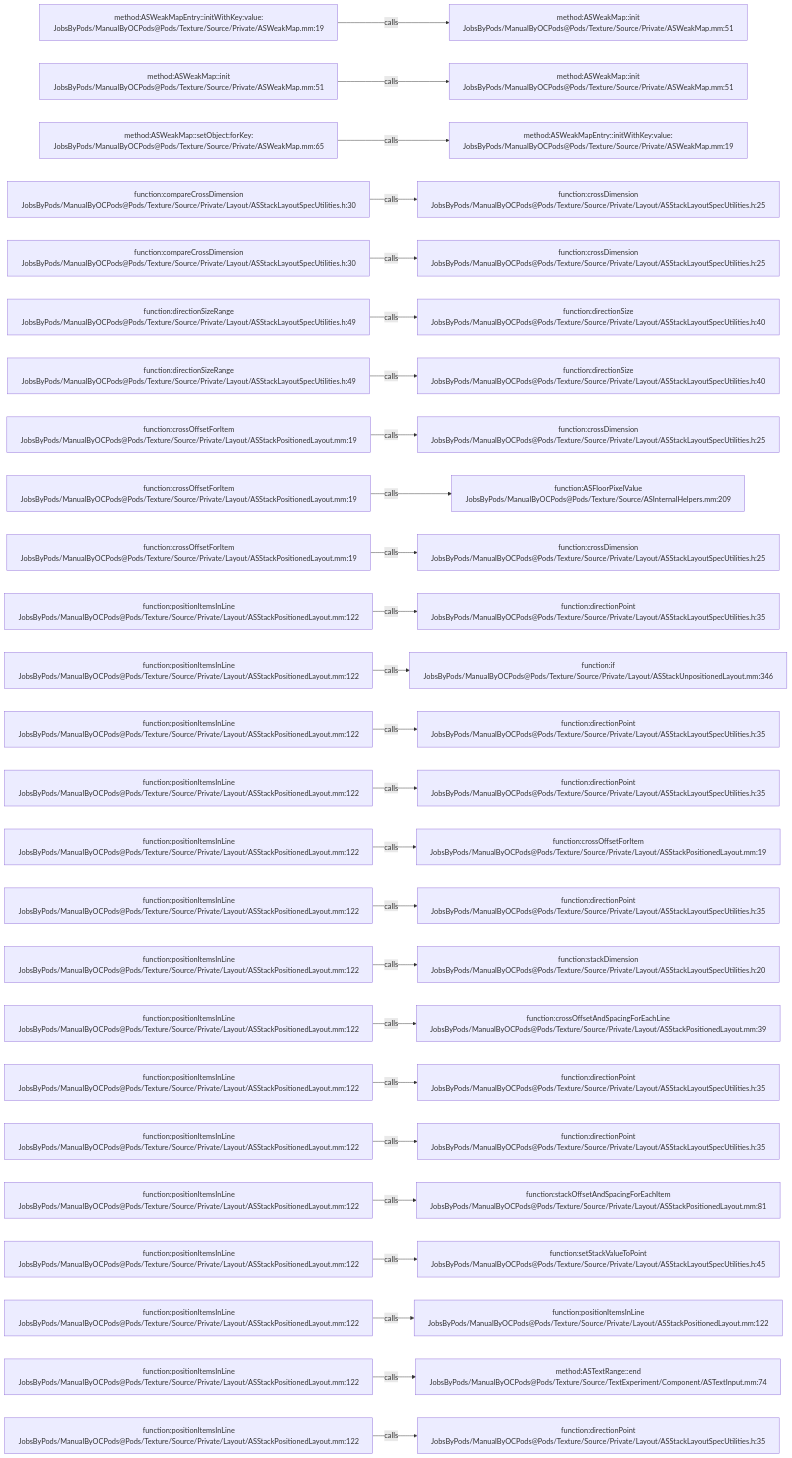
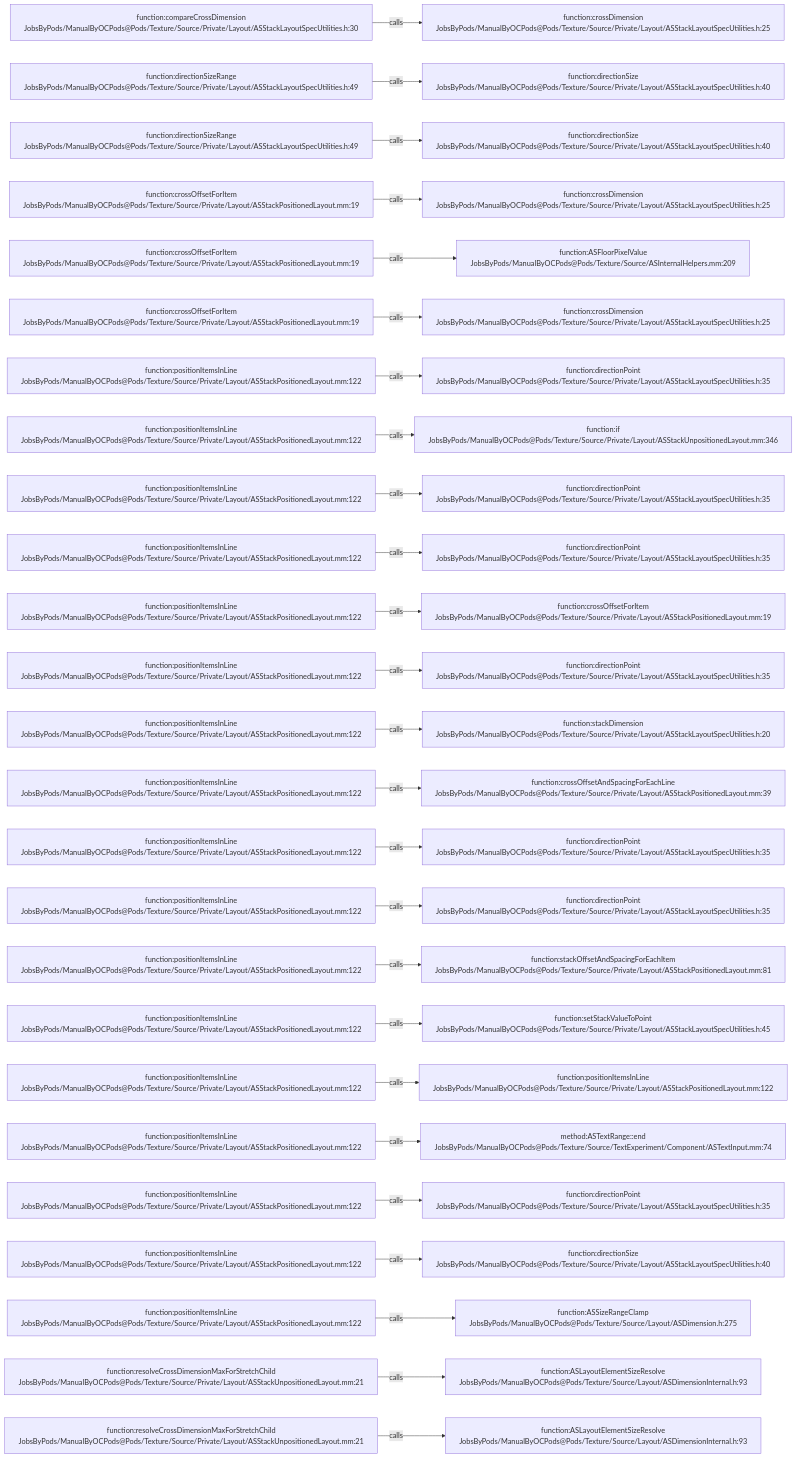
Before and after one commit to JobsKits/JobsOCBaseConfigDemo: the diagram in .codegraph/codegraph.md/graphs/calls-191.md, drawn with Mermaid. The commit also changed 727 other files, not shown here.

````diff
--- a/.codegraph/codegraph.md/graphs/calls-191.md
+++ b/.codegraph/codegraph.md/graphs/calls-191.md
@@ -13,78 +13,78 @@
 ```mermaid
 flowchart LR
-  S1["method:ASWeakMapEntry::initWithKey:value:<br/>JobsByPods/ManualByOCPods@Pods/Texture/Source/Private/ASWeakMap.mm:19"]
-  T1["method:ASWeakMap::init<br/>JobsByPods/ManualByOCPods@Pods/Texture/Source/Private/ASWeakMap.mm:51"]
+  S1["function:compareCrossDimension<br/>JobsByPods/ManualByOCPods@Pods/Texture/Source/Private/Layout/ASStackLayoutSpecUtilities.h:30"]
+  T1["function:crossDimension<br/>JobsByPods/ManualByOCPods@Pods/Texture/Source/Private/Layout/ASStackLayoutSpecUtilities.h:25"]
   S1 -->|calls| T1
-  S2["method:ASWeakMap::init<br/>JobsByPods/ManualByOCPods@Pods/Texture/Source/Private/ASWeakMap.mm:51"]
-  T2["method:ASWeakMap::init<br/>JobsByPods/ManualByOCPods@Pods/Texture/Source/Private/ASWeakMap.mm:51"]
+  S2["function:directionSizeRange<br/>JobsByPods/ManualByOCPods@Pods/Texture/Source/Private/Layout/ASStackLayoutSpecUtilities.h:49"]
+  T2["function:directionSize<br/>JobsByPods/ManualByOCPods@Pods/Texture/Source/Private/Layout/ASStackLayoutSpecUtilities.h:40"]
   S2 -->|calls| T2
-  S3["method:ASWeakMap::setObject:forKey:<br/>JobsByPods/ManualByOCPods@Pods/Texture/Source/Private/ASWeakMap.mm:65"]
-  T3["method:ASWeakMapEntry::initWithKey:value:<br/>JobsByPods/ManualByOCPods@Pods/Texture/Source/Private/ASWeakMap.mm:19"]
+  S3["function:directionSizeRange<br/>JobsByPods/ManualByOCPods@Pods/Texture/Source/Private/Layout/ASStackLayoutSpecUtilities.h:49"]
+  T3["function:directionSize<br/>JobsByPods/ManualByOCPods@Pods/Texture/Source/Private/Layout/ASStackLayoutSpecUtilities.h:40"]
   S3 -->|calls| T3
-  S4["function:compareCrossDimension<br/>JobsByPods/ManualByOCPods@Pods/Texture/Source/Private/Layout/ASStackLayoutSpecUtilities.h:30"]
+  S4["function:crossOffsetForItem<br/>JobsByPods/ManualByOCPods@Pods/Texture/Source/Private/Layout/ASStackPositionedLayout.mm:19"]
   T4["function:crossDimension<br/>JobsByPods/ManualByOCPods@Pods/Texture/Source/Private/Layout/ASStackLayoutSpecUtilities.h:25"]
   S4 -->|calls| T4
-  S5["function:compareCrossDimension<br/>JobsByPods/ManualByOCPods@Pods/Texture/Source/Private/Layout/ASStackLayoutSpecUtilities.h:30"]
-  T5["function:crossDimension<br/>JobsByPods/ManualByOCPods@Pods/Texture/Source/Private/Layout/ASStackLayoutSpecUtilities.h:25"]
+  S5["function:crossOffsetForItem<br/>JobsByPods/ManualByOCPods@Pods/Texture/Source/Private/Layout/ASStackPositionedLayout.mm:19"]
+  T5["function:ASFloorPixelValue<br/>JobsByPods/ManualByOCPods@Pods/Texture/Source/ASInternalHelpers.mm:209"]
   S5 -->|calls| T5
-  S6["function:directionSizeRange<br/>JobsByPods/ManualByOCPods@Pods/Texture/Source/Private/Layout/ASStackLayoutSpecUtilities.h:49"]
-  T6["function:directionSize<br/>JobsByPods/ManualByOCPods@Pods/Texture/Source/Private/Layout/ASStackLayoutSpecUtilities.h:40"]
+  S6["function:crossOffsetForItem<br/>JobsByPods/ManualByOCPods@Pods/Texture/Source/Private/Layout/ASStackPositionedLayout.mm:19"]
+  T6["function:crossDimension<br/>JobsByPods/ManualByOCPods@Pods/Texture/Source/Private/Layout/ASStackLayoutSpecUtilities.h:25"]
   S6 -->|calls| T6
-  S7["function:directionSizeRange<br/>JobsByPods/ManualByOCPods@Pods/Texture/Source/Private/Layout/ASStackLayoutSpecUtilities.h:49"]
-  T7["function:directionSize<br/>JobsByPods/ManualByOCPods@Pods/Texture/Source/Private/Layout/ASStackLayoutSpecUtilities.h:40"]
+  S7["function:positionItemsInLine<br/>JobsByPods/ManualByOCPods@Pods/Texture/Source/Private/Layout/ASStackPositionedLayout.mm:122"]
+  T7["function:directionPoint<br/>JobsByPods/ManualByOCPods@Pods/Texture/Source/Private/Layout/ASStackLayoutSpecUtilities.h:35"]
   S7 -->|calls| T7
-  S8["function:crossOffsetForItem<br/>JobsByPods/ManualByOCPods@Pods/Texture/Source/Private/Layout/ASStackPositionedLayout.mm:19"]
-  T8["function:crossDimension<br/>JobsByPods/ManualByOCPods@Pods/Texture/Source/Private/Layout/ASStackLayoutSpecUtilities.h:25"]
+  S8["function:positionItemsInLine<br/>JobsByPods/ManualByOCPods@Pods/Texture/Source/Private/Layout/ASStackPositionedLayout.mm:122"]
+  T8["function:if<br/>JobsByPods/ManualByOCPods@Pods/Texture/Source/Private/Layout/ASStackUnpositionedLayout.mm:346"]
   S8 -->|calls| T8
-  S9["function:crossOffsetForItem<br/>JobsByPods/ManualByOCPods@Pods/Texture/Source/Private/Layout/ASStackPositionedLayout.mm:19"]
-  T9["function:ASFloorPixelValue<br/>JobsByPods/ManualByOCPods@Pods/Texture/Source/ASInternalHelpers.mm:209"]
+  S9["function:positionItemsInLine<br/>JobsByPods/ManualByOCPods@Pods/Texture/Source/Private/Layout/ASStackPositionedLayout.mm:122"]
+  T9["function:directionPoint<br/>JobsByPods/ManualByOCPods@Pods/Texture/Source/Private/Layout/ASStackLayoutSpecUtilities.h:35"]
   S9 -->|calls| T9
-  S10["function:crossOffsetForItem<br/>JobsByPods/ManualByOCPods@Pods/Texture/Source/Private/Layout/ASStackPositionedLayout.mm:19"]
-  T10["function:crossDimension<br/>JobsByPods/ManualByOCPods@Pods/Texture/Source/Private/Layout/ASStackLayoutSpecUtilities.h:25"]
+  S10["function:positionItemsInLine<br/>JobsByPods/ManualByOCPods@Pods/Texture/Source/Private/Layout/ASStackPositionedLayout.mm:122"]
+  T10["function:directionPoint<br/>JobsByPods/ManualByOCPods@Pods/Texture/Source/Private/Layout/ASStackLayoutSpecUtilities.h:35"]
   S10 -->|calls| T10
   S11["function:positionItemsInLine<br/>JobsByPods/ManualByOCPods@Pods/Texture/Source/Private/Layout/ASStackPositionedLayout.mm:122"]
-  T11["function:directionPoint<br/>JobsByPods/ManualByOCPods@Pods/Texture/Source/Private/Layout/ASStackLayoutSpecUtilities.h:35"]
+  T11["function:crossOffsetForItem<br/>JobsByPods/ManualByOCPods@Pods/Texture/Source/Private/Layout/ASStackPositionedLayout.mm:19"]
   S11 -->|calls| T11
   S12["function:positionItemsInLine<br/>JobsByPods/ManualByOCPods@Pods/Texture/Source/Private/Layout/ASStackPositionedLayout.mm:122"]
-  T12["function:if<br/>JobsByPods/ManualByOCPods@Pods/Texture/Source/Private/Layout/ASStackUnpositionedLayout.mm:346"]
+  T12["function:directionPoint<br/>JobsByPods/ManualByOCPods@Pods/Texture/Source/Private/Layout/ASStackLayoutSpecUtilities.h:35"]
   S12 -->|calls| T12
   S13["function:positionItemsInLine<br/>JobsByPods/ManualByOCPods@Pods/Texture/Source/Private/Layout/ASStackPositionedLayout.mm:122"]
-  T13["function:directionPoint<br/>JobsByPods/ManualByOCPods@Pods/Texture/Source/Private/Layout/ASStackLayoutSpecUtilities.h:35"]
+  T13["function:stackDimension<br/>JobsByPods/ManualByOCPods@Pods/Texture/Source/Private/Layout/ASStackLayoutSpecUtilities.h:20"]
   S13 -->|calls| T13
   S14["function:positionItemsInLine<br/>JobsByPods/ManualByOCPods@Pods/Texture/Source/Private/Layout/ASStackPositionedLayout.mm:122"]
-  T14["function:directionPoint<br/>JobsByPods/ManualByOCPods@Pods/Texture/Source/Private/Layout/ASStackLayoutSpecUtilities.h:35"]
+  T14["function:crossOffsetAndSpacingForEachLine<br/>JobsByPods/ManualByOCPods@Pods/Texture/Source/Private/Layout/ASStackPositionedLayout.mm:39"]
   S14 -->|calls| T14
   S15["function:positionItemsInLine<br/>JobsByPods/ManualByOCPods@Pods/Texture/Source/Private/Layout/ASStackPositionedLayout.mm:122"]
-  T15["function:crossOffsetForItem<br/>JobsByPods/ManualByOCPods@Pods/Texture/Source/Private/Layout/ASStackPositionedLayout.mm:19"]
+  T15["function:directionPoint<br/>JobsByPods/ManualByOCPods@Pods/Texture/Source/Private/Layout/ASStackLayoutSpecUtilities.h:35"]
   S15 -->|calls| T15
   S16["function:positionItemsInLine<br/>JobsByPods/ManualByOCPods@Pods/Texture/Source/Private/Layout/ASStackPositionedLayout.mm:122"]
   T16["function:directionPoint<br/>JobsByPods/ManualByOCPods@Pods/Texture/Source/Private/Layout/ASStackLayoutSpecUtilities.h:35"]
   S16 -->|calls| T16
   S17["function:positionItemsInLine<br/>JobsByPods/ManualByOCPods@Pods/Texture/Source/Private/Layout/ASStackPositionedLayout.mm:122"]
-  T17["function:stackDimension<br/>JobsByPods/ManualByOCPods@Pods/Texture/Source/Private/Layout/ASStackLayoutSpecUtilities.h:20"]
+  T17["function:stackOffsetAndSpacingForEachItem<br/>JobsByPods/ManualByOCPods@Pods/Texture/Source/Private/Layout/ASStackPositionedLayout.mm:81"]
   S17 -->|calls| T17
   S18["function:positionItemsInLine<br/>JobsByPods/ManualByOCPods@Pods/Texture/Source/Private/Layout/ASStackPositionedLayout.mm:122"]
-  T18["function:crossOffsetAndSpacingForEachLine<br/>JobsByPods/ManualByOCPods@Pods/Texture/Source/Private/Layout/ASStackPositionedLayout.mm:39"]
+  T18["function:setStackValueToPoint<br/>JobsByPods/ManualByOCPods@Pods/Texture/Source/Private/Layout/ASStackLayoutSpecUtilities.h:45"]
   S18 -->|calls| T18
   S19["function:positionItemsInLine<br/>JobsByPods/ManualByOCPods@Pods/Texture/Source/Private/Layout/ASStackPositionedLayout.mm:122"]
-  T19["function:directionPoint<br/>JobsByPods/ManualByOCPods@Pods/Texture/Source/Private/Layout/ASStackLayoutSpecUtilities.h:35"]
+  T19["function:positionItemsInLine<br/>JobsByPods/ManualByOCPods@Pods/Texture/Source/Private/Layout/ASStackPositionedLayout.mm:122"]
   S19 -->|calls| T19
   S20["function:positionItemsInLine<br/>JobsByPods/ManualByOCPods@Pods/Texture/Source/Private/Layout/ASStackPositionedLayout.mm:122"]
-  T20["function:directionPoint<br/>JobsByPods/ManualByOCPods@Pods/Texture/Source/Private/Layout/ASStackLayoutSpecUtilities.h:35"]
+  T20["method:ASTextRange::end<br/>JobsByPods/ManualByOCPods@Pods/Texture/Source/TextExperiment/Component/ASTextInput.mm:74"]
   S20 -->|calls| T20
   S21["function:positionItemsInLine<br/>JobsByPods/ManualByOCPods@Pods/Texture/Source/Private/Layout/ASStackPositionedLayout.mm:122"]
-  T21["function:stackOffsetAndSpacingForEachItem<br/>JobsByPods/ManualByOCPods@Pods/Texture/Source/Private/Layout/ASStackPositionedLayout.mm:81"]
+  T21["function:directionPoint<br/>JobsByPods/ManualByOCPods@Pods/Texture/Source/Private/Layout/ASStackLayoutSpecUtilities.h:35"]
   S21 -->|calls| T21
   S22["function:positionItemsInLine<br/>JobsByPods/ManualByOCPods@Pods/Texture/Source/Private/Layout/ASStackPositionedLayout.mm:122"]
-  T22["function:setStackValueToPoint<br/>JobsByPods/ManualByOCPods@Pods/Texture/Source/Private/Layout/ASStackLayoutSpecUtilities.h:45"]
+  T22["function:directionSize<br/>JobsByPods/ManualByOCPods@Pods/Texture/Source/Private/Layout/ASStackLayoutSpecUtilities.h:40"]
   S22 -->|calls| T22
   S23["function:positionItemsInLine<br/>JobsByPods/ManualByOCPods@Pods/Texture/Source/Private/Layout/ASStackPositionedLayout.mm:122"]
-  T23["function:positionItemsInLine<br/>JobsByPods/ManualByOCPods@Pods/Texture/Source/Private/Layout/ASStackPositionedLayout.mm:122"]
+  T23["function:ASSizeRangeClamp<br/>JobsByPods/ManualByOCPods@Pods/Texture/Source/Layout/ASDimension.h:275"]
   S23 -->|calls| T23
-  S24["function:positionItemsInLine<br/>JobsByPods/ManualByOCPods@Pods/Texture/Source/Private/Layout/ASStackPositionedLayout.mm:122"]
-  T24["method:ASTextRange::end<br/>JobsByPods/ManualByOCPods@Pods/Texture/Source/TextExperiment/Component/ASTextInput.mm:74"]
+  S24["function:resolveCrossDimensionMaxForStretchChild<br/>JobsByPods/ManualByOCPods@Pods/Texture/Source/Private/Layout/ASStackUnpositionedLayout.mm:21"]
+  T24["function:ASLayoutElementSizeResolve<br/>JobsByPods/ManualByOCPods@Pods/Texture/Source/Layout/ASDimensionInternal.h:93"]
   S24 -->|calls| T24
-  S25["function:positionItemsInLine<br/>JobsByPods/ManualByOCPods@Pods/Texture/Source/Private/Layout/ASStackPositionedLayout.mm:122"]
-  T25["function:directionPoint<br/>JobsByPods/ManualByOCPods@Pods/Texture/Source/Private/Layout/ASStackLayoutSpecUtilities.h:35"]
+  S25["function:resolveCrossDimensionMaxForStretchChild<br/>JobsByPods/ManualByOCPods@Pods/Texture/Source/Private/Layout/ASStackUnpositionedLayout.mm:21"]
+  T25["function:ASLayoutElementSizeResolve<br/>JobsByPods/ManualByOCPods@Pods/Texture/Source/Layout/ASDimensionInternal.h:93"]
   S25 -->|calls| T25
 ```
````
